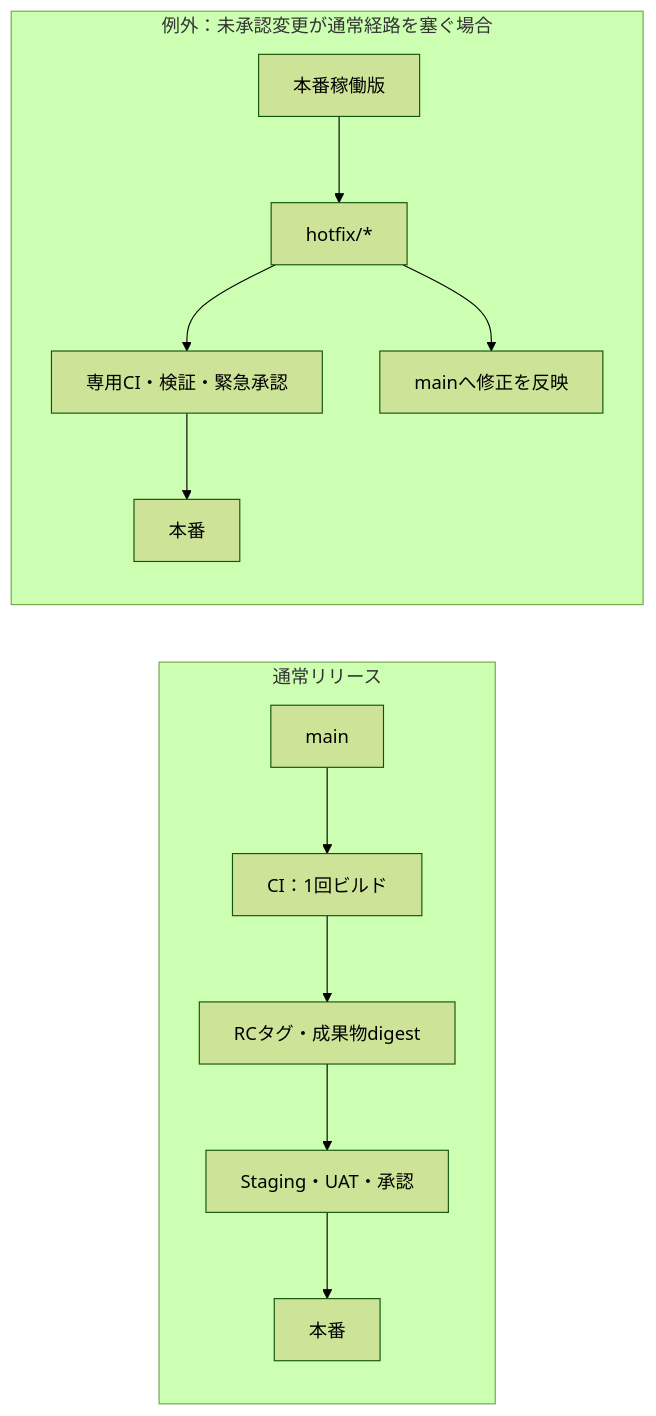
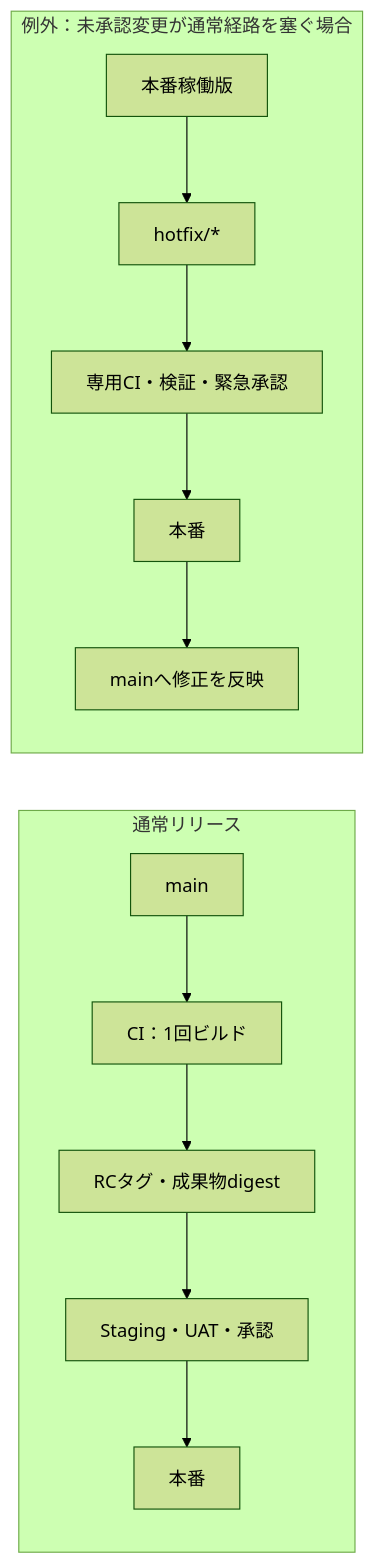
One commit to KoroKumagai/knowledge changed the diagram in process/environments-and-branch-strategy.md. Above: the diagram before and after it, drawn with Mermaid (forest theme). The commit also changed other lines of this file, not shown here.

Commit message:
docs: align migration reference and hotfix diagram sequencing

````diff
--- a/process/environments-and-branch-strategy.md
+++ b/process/environments-and-branch-strategy.md
@@ -78,15 +78,15 @@
 ```mermaid
 flowchart LR
   subgraph Normal["通常リリース"]
     A["main"] --> B["CI：1回ビルド"]
     B --> C["RCタグ・成果物digest"]
     C --> D["Staging・UAT・承認"]
     D --> E["本番"]
   end
   subgraph Emergency["例外：未承認変更が通常経路を塞ぐ場合"]
     F["本番稼働版"] --> G["hotfix/*"]
     G --> H["専用CI・検証・緊急承認"]
     H --> I["本番"]
-    G --> J["mainへ修正を反映"]
+    I --> J["mainへ修正を反映"]
   end
 ```
````
